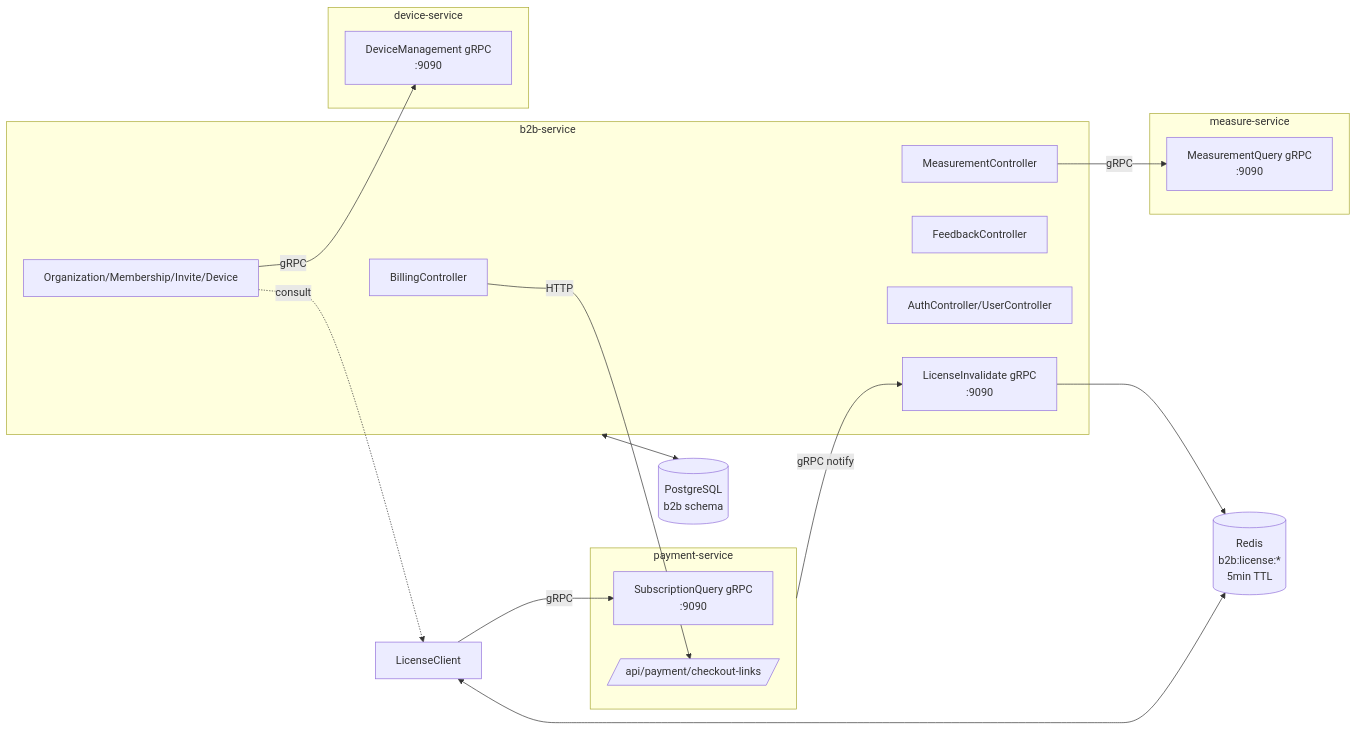
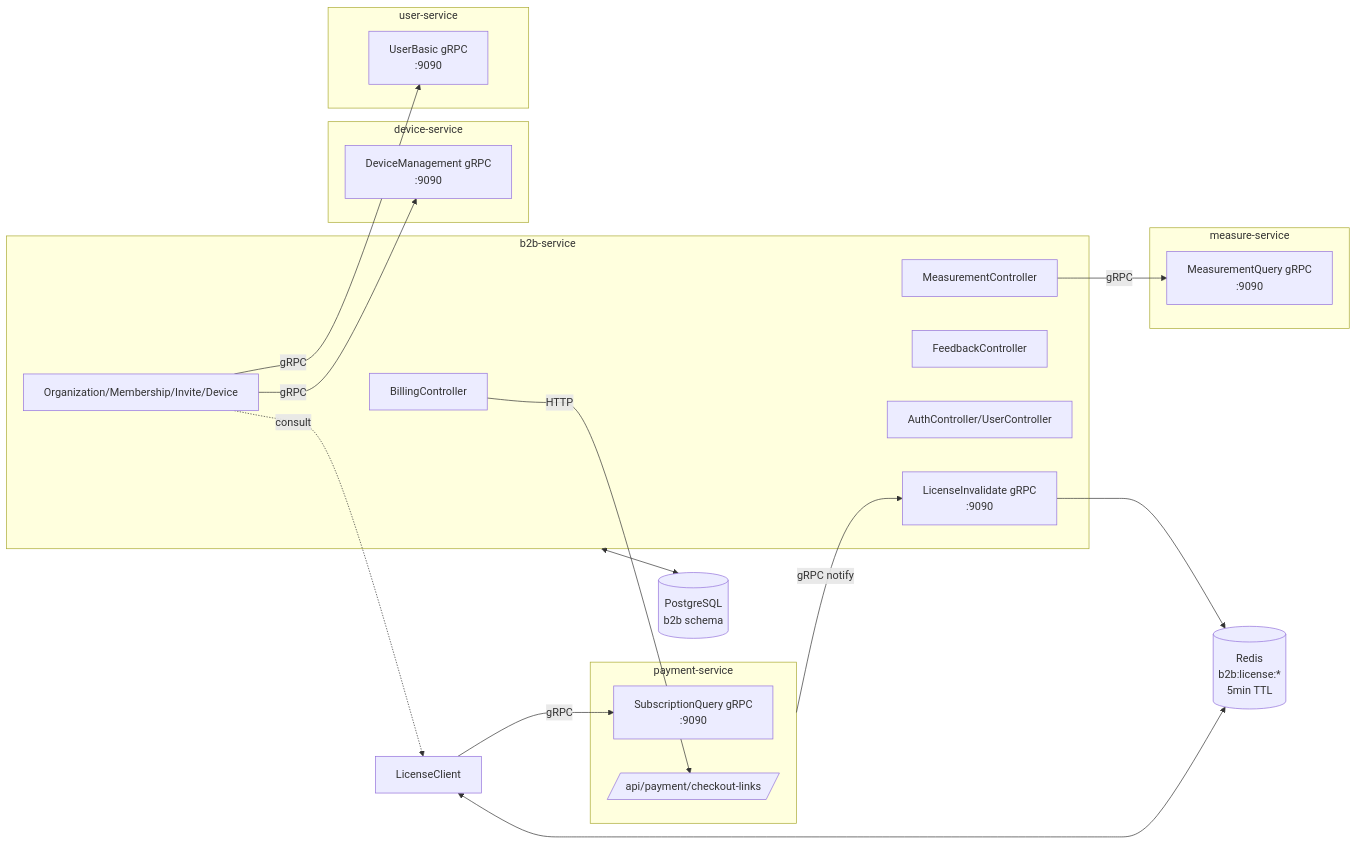
The first of 10 diagrams in docs/apis/b2b-service.md (Care-Co/Documents-Repository), drawn with Mermaid before and after one commit. The commit also changed other lines of this file, not shown here.

Commit message:
Update B2B Service API documentation with new request/response samples, revised endpoint catalog, and additional details on user and organization management features.

````diff
--- a/docs/apis/b2b-service.md
+++ b/docs/apis/b2b-service.md
@@ -30,37 +32,42 @@
 ```mermaid
 flowchart LR
     subgraph b2b[b2b-service]
         BC[BillingController]
         OC[Organization/Membership/Invite/Device]
         MC[MeasurementController]
         FC[FeedbackController]
         AC[AuthController/UserController]
         LIG[LicenseInvalidate gRPC<br/>:9090]
     end
 
     subgraph payment[payment-service]
         SQS[SubscriptionQuery gRPC<br/>:9090]
         CHK[/api/payment/checkout-links/]
     end
 
     subgraph device[device-service]
         DM[DeviceManagement gRPC<br/>:9090]
     end
 
     subgraph measure[measure-service]
         MQ[MeasurementQuery gRPC<br/>:9090]
     end
 
+    subgraph user[user-service]
+        UB[UserBasic gRPC<br/>:9090]
+    end
+
     REDIS[(Redis<br/>b2b:license:*<br/>5min TTL)]
     PG[(PostgreSQL<br/>b2b schema)]
 
     BC -- HTTP --> CHK
     OC -.consult.-> LC[LicenseClient]
     LC -- gRPC --> SQS
     LC <--> REDIS
     payment -- gRPC notify --> LIG
     LIG --> REDIS
     OC -- gRPC --> DM
+    OC -- gRPC --> UB
     MC -- gRPC --> MQ
     b2b <--> PG
 ```
````
